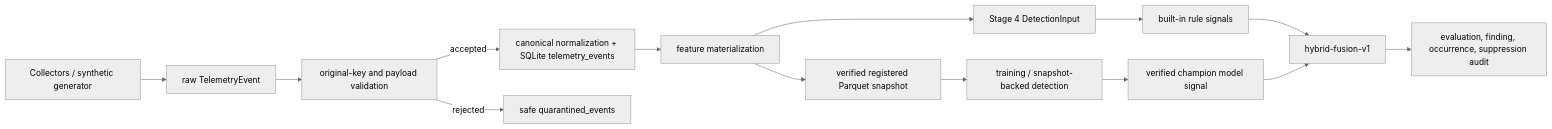
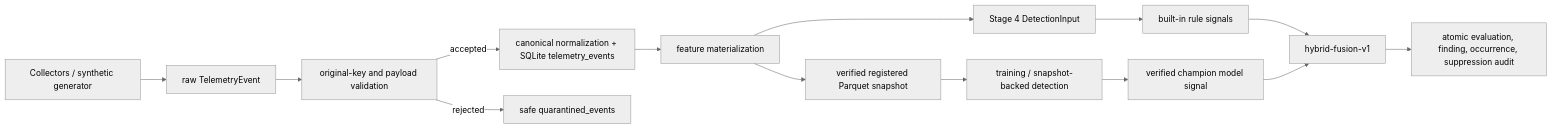
Before and after one commit to IskhakovMA/SentinelUEBA: the second of 2 diagrams in docs/ARCHITECTURE.md, drawn with Mermaid (neutral theme). The commit also changed other lines of this file and 26 other files, not shown here.

````diff
--- a/docs/ARCHITECTURE.md
+++ b/docs/ARCHITECTURE.md
@@ -66,16 +66,16 @@
 ```mermaid
 flowchart LR
   A["Collectors / synthetic generator"] --> B["raw TelemetryEvent"]
   B --> C["original-key and payload validation"]
   C -->|accepted| D["canonical normalization + SQLite telemetry_events"]
   C -->|rejected| E["safe quarantined_events"]
   D --> F["feature materialization"]
   F --> G["verified registered Parquet snapshot"]
   G --> H["training / snapshot-backed detection"]
   F --> I["Stage 4 DetectionInput"]
   I --> J["built-in rule signals"]
   H --> K["verified champion model signal"]
   J --> L["hybrid-fusion-v1"]
   K --> L
-  L --> M["evaluation, finding, occurrence, suppression audit"]
+  L --> M["atomic evaluation, finding, occurrence, suppression audit"]
 ```
````
